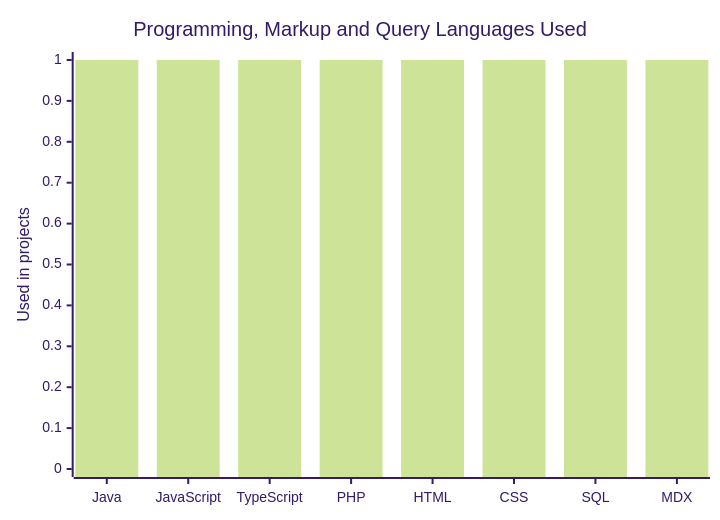
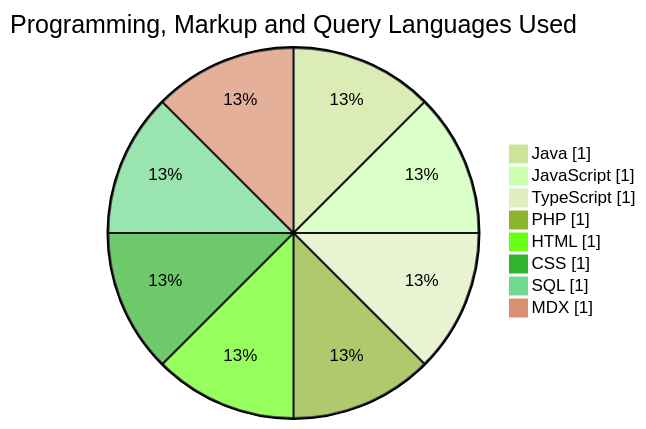
The diagram in README.md (wathshala-amarasinghe/wathshala-amarasinghe), drawn with Mermaid (forest theme) before and after one commit. The commit also changed other lines of this file, not shown here.

Commit message:
Change chart type from bar to pie for languages used
Updated the chart format from a bar chart to a pie chart to better represent the programming languages used.

````diff
--- a/README.md
+++ b/README.md
@@ -223,7 +223,12 @@
 ```mermaid
-xychart-beta
-    title "Programming, Markup and Query Languages Used"
-    x-axis ["Java", "JavaScript", "TypeScript", "PHP", "HTML", "CSS", "SQL", "MDX"]
-    y-axis "Used in projects" 0 --> 1
-    bar [1, 1, 1, 1, 1, 1, 1, 1]
+pie showData
+    title Programming, Markup and Query Languages Used
+    "Java" : 1
+    "JavaScript" : 1
+    "TypeScript" : 1
+    "PHP" : 1
+    "HTML" : 1
+    "CSS" : 1
+    "SQL" : 1
+    "MDX" : 1
 ```
````
